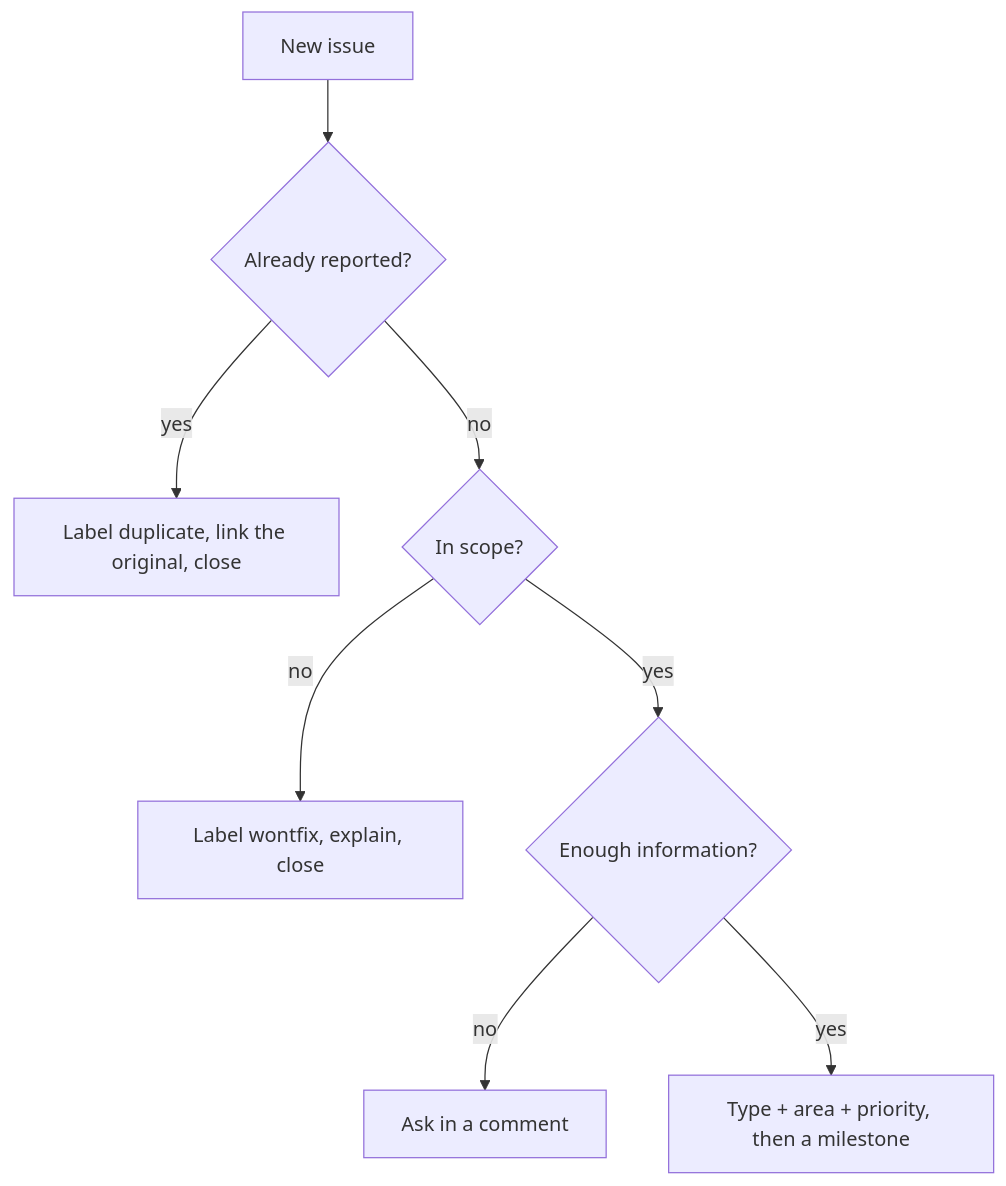
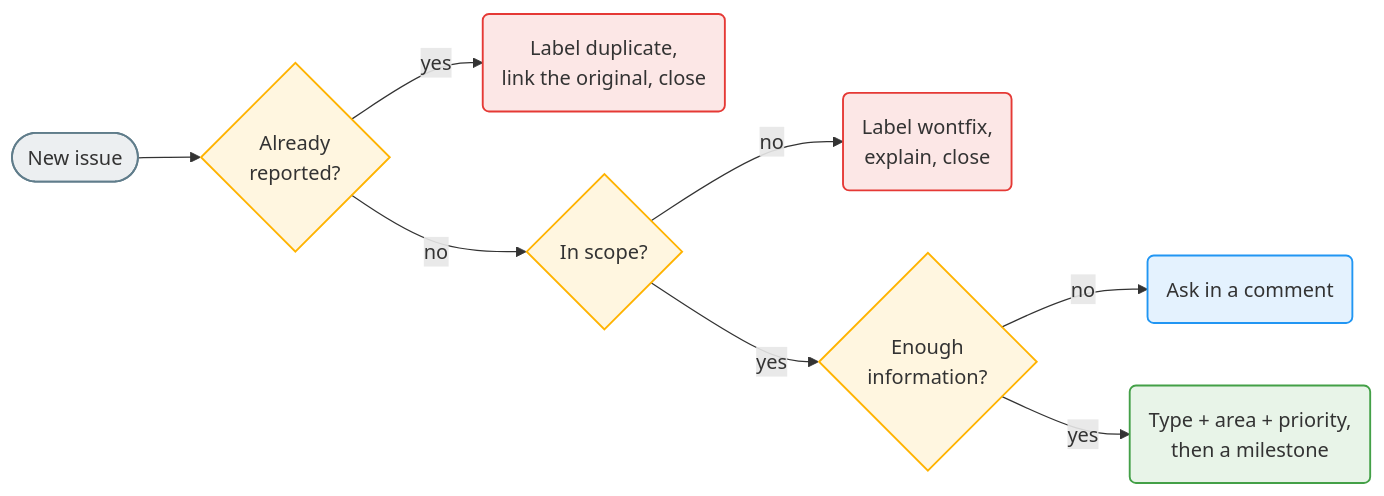
One commit to scub-france/SmolDocling-visualizer changed the diagram in docs/community/issue-triage-process.md. Above: the diagram before and after it, drawn with Mermaid. The commit also changed 10 other files, not shown here.

First line of the commit message:
docs: restyle the Mermaid diagrams (#340)

````diff
--- a/docs/community/issue-triage-process.md
+++ b/docs/community/issue-triage-process.md
@@ -20,10 +20,21 @@
 ```mermaid
-flowchart TD
-    New[New issue] --> Dup{Already reported?}
-    Dup -->|yes| D[Label duplicate, link the original, close]
-    Dup -->|no| Scope{In scope?}
-    Scope -->|no| W[Label wontfix, explain, close]
-    Scope -->|yes| Info{Enough information?}
-    Info -->|no| Ask[Ask in a comment]
-    Info -->|yes| Tag[Type + area + priority, then a milestone]
+flowchart LR
+    New(["New issue"]) --> Dup{"Already<br/>reported?"}
+    Dup -->|yes| D("Label duplicate,<br/>link the original, close")
+    Dup -->|no| Scope{"In scope?"}
+    Scope -->|no| W("Label wontfix,<br/>explain, close")
+    Scope -->|yes| Info{"Enough<br/>information?"}
+    Info -->|no| Ask("Ask in a comment")
+    Info -->|yes| Tag("Type + area + priority,<br/>then a milestone")
+
+    classDef grey fill:#607D8B1F,stroke:#607D8B,stroke-width:1.5px
+    classDef amber fill:#FFB3001F,stroke:#FFB300,stroke-width:1.5px
+    classDef red fill:#E539351F,stroke:#E53935,stroke-width:1.5px
+    classDef blue fill:#2196F31F,stroke:#2196F3,stroke-width:1.5px
+    classDef green fill:#43A0471F,stroke:#43A047,stroke-width:1.5px
+    class New grey
+    class Dup,Scope,Info amber
+    class D,W red
+    class Ask blue
+    class Tag green
 ```
````
